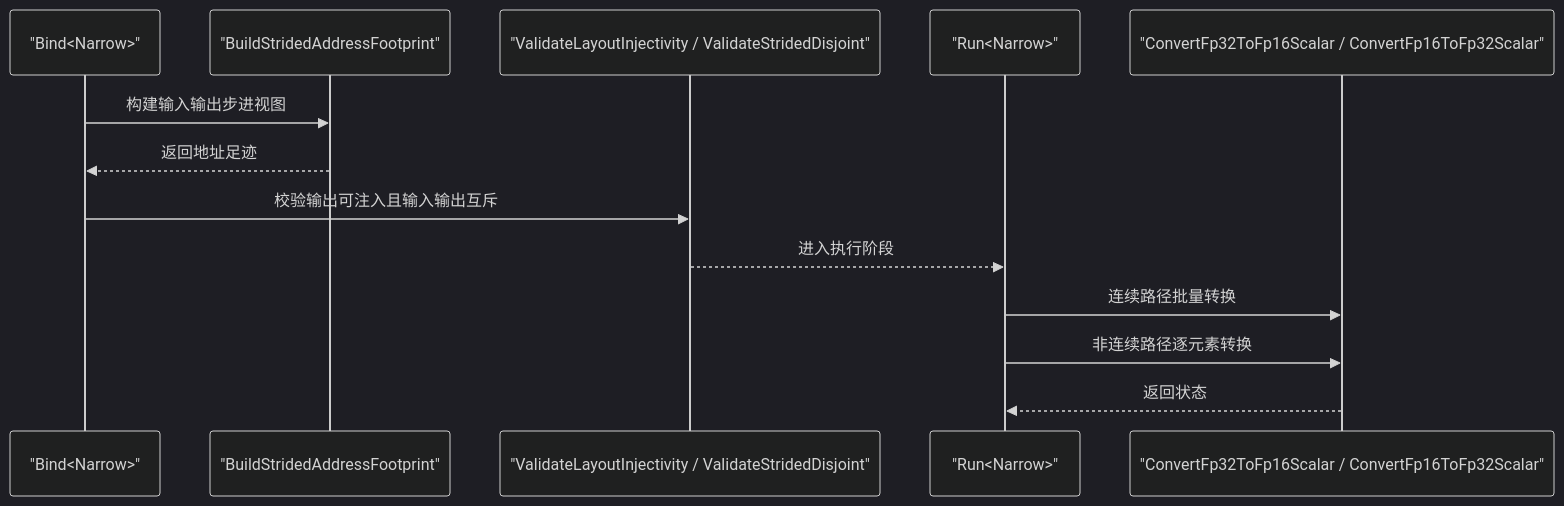
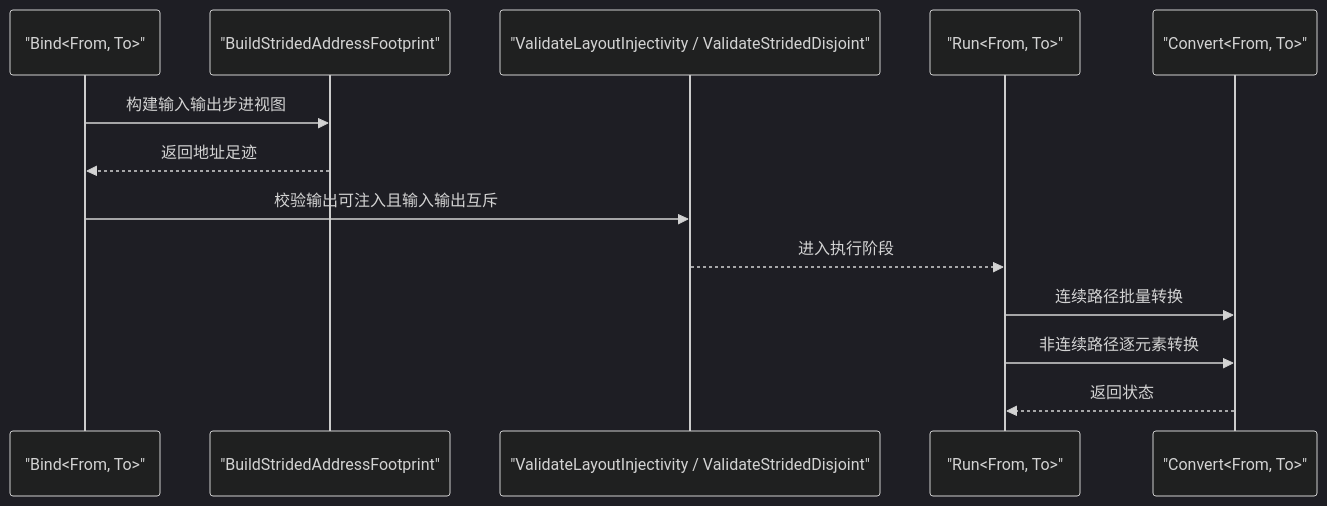
The seventh of 10 diagrams in docs/handbook/核心模块设计/算子系统 (Operators)/算术运算算子.md (fengjiran/AetherMind), drawn with Mermaid (dark theme) before and after one commit. The commit also changed other lines of this file and 56 other files, not shown here.

First line of the commit message:
docs: move improvement plans into the roadmap section

````diff
--- a/docs/handbook/核心模块设计/算子系统 (Operators)/算术运算算子.md
+++ b/docs/handbook/核心模块设计/算子系统 (Operators)/算术运算算子.md
@@ -273,16 +273,16 @@
 ```mermaid
 sequenceDiagram
-    participant Bind as "Bind<Narrow>"
+    participant Bind as "Bind<From, To>"
     participant Footprint as "BuildStridedAddressFootprint"
     participant Layout as "ValidateLayoutInjectivity / ValidateStridedDisjoint"
-    participant Run as "Run<Narrow>"
-    participant Convert as "ConvertFp32ToFp16Scalar / ConvertFp16ToFp32Scalar"
+    participant Run as "Run<From, To>"
+    participant Convert as "Convert<From, To>"
 
     Bind->>Footprint: 构建输入输出步进视图
     Footprint-->>Bind: 返回地址足迹
     Bind->>Layout: 校验输出可注入且输入输出互斥
     Layout-->>Run: 进入执行阶段
     Run->>Convert: 连续路径批量转换
     Run->>Convert: 非连续路径逐元素转换
     Convert-->>Run: 返回状态
 ```
````
